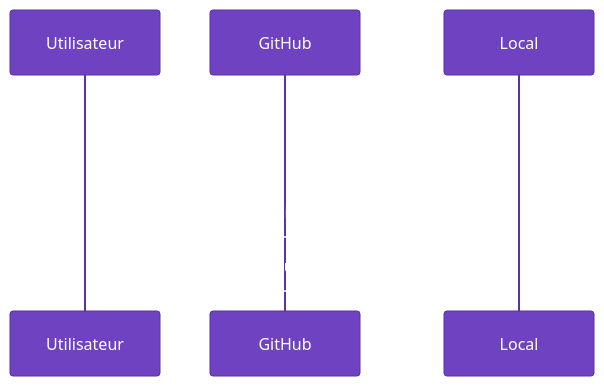
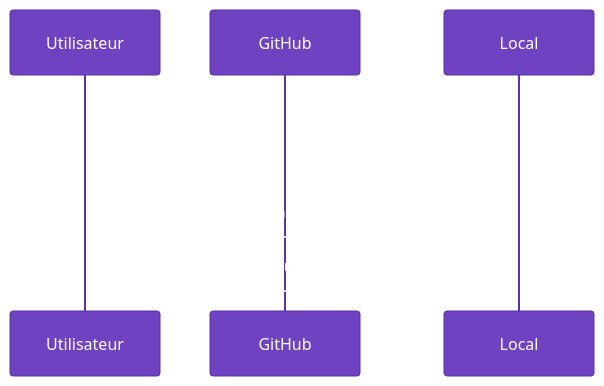
Before and after one commit to arkalia-luna-system/ia-pipeline: the third of 9 diagrams in docs/USER_GUIDES/QUICK_START.md, drawn with Mermaid. The commit also changed other lines of this file and 15 other files, not shown here.

````diff
--- a/docs/USER_GUIDES/QUICK_START.md
+++ b/docs/USER_GUIDES/QUICK_START.md
@@ -111,12 +111,12 @@
 ```mermaid
 %%{init: {'theme':'base', 'themeVariables': { 'primaryColor': '#6f42c1', 'primaryTextColor': '#fff', 'primaryBorderColor': '#5a32a3'}}}%%
 sequenceDiagram
     participant U as Utilisateur
     participant G as GitHub
     participant L as Local
     
     U->>G: git clone
     G->>L: Repository téléchargé
-    U->>L: cd athalia-dev-setup
+            U->>L: cd ia-pipeline
     L->>U: Structure vérifiée
 ```
````
